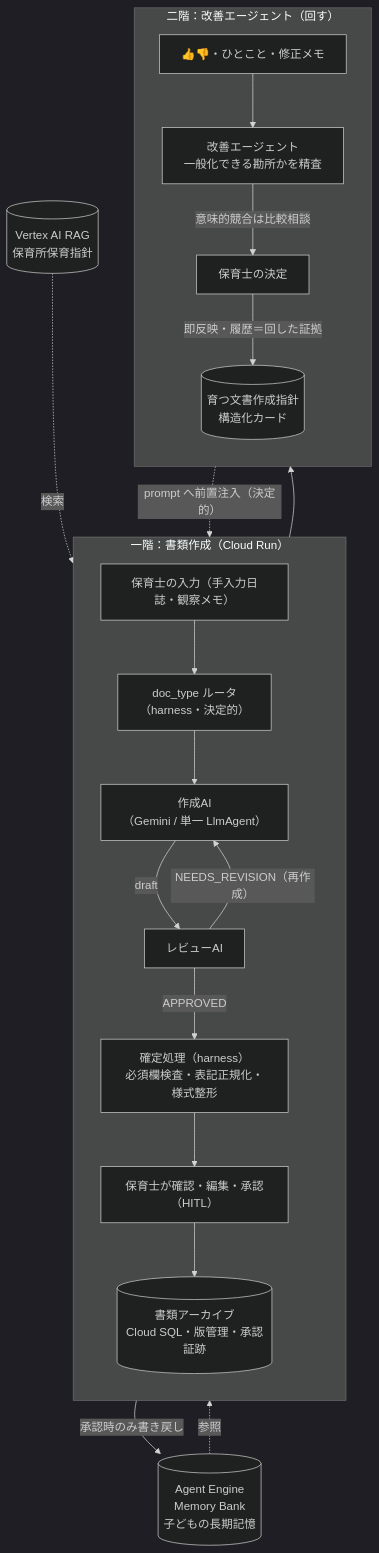
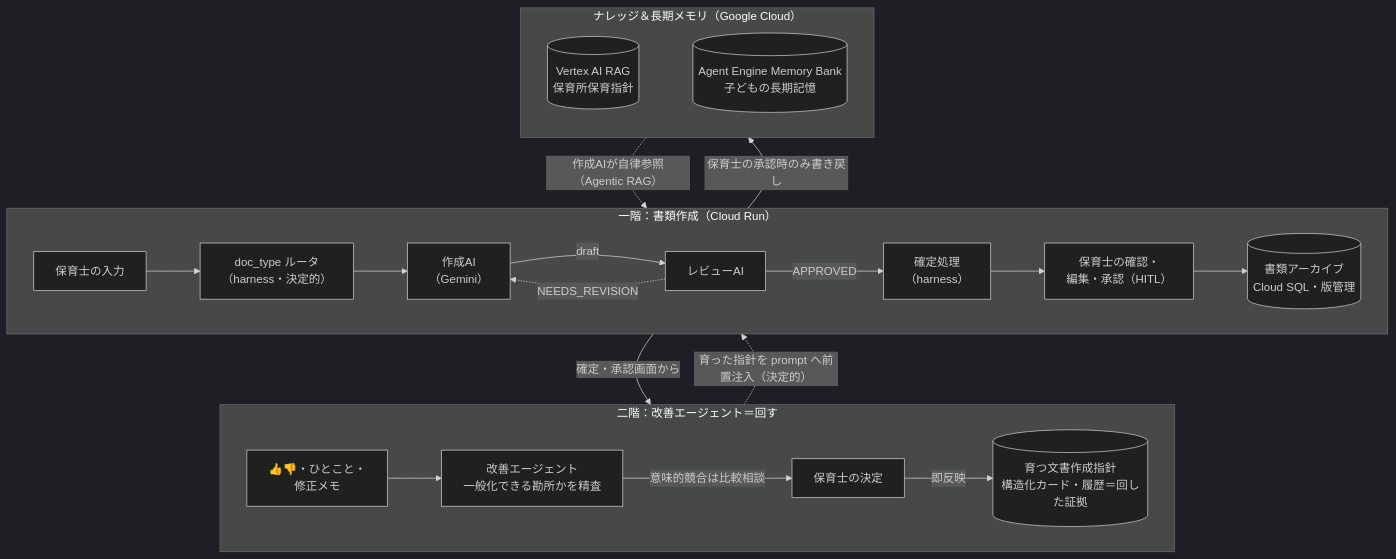
The first of 2 diagrams in README.md (soichiGogo/hoiku-agent), drawn with Mermaid (dark theme) before and after one commit.

Commit message:
docs: アーキ図のレイアウトを再設計（サブグラフ間エッジで3段構成・横方向フロー）

````diff
--- a/README.md
+++ b/README.md
@@ -52,27 +52,30 @@
 ```mermaid
 flowchart TB
     subgraph floor1["一階：書類作成（Cloud Run）"]
-        direction TB
-        input["保育士の入力（手入力日誌・観察メモ）"] --> router["doc_type ルータ<br/>（harness・決定的）"]
-        router --> author["作成AI<br/>（Gemini / 単一 LlmAgent）"]
+        direction LR
+        input["保育士の入力"] --> router["doc_type ルータ<br/>（harness・決定的）"]
+        router --> author["作成AI<br/>（Gemini）"]
         author -->|draft| reviewer["レビューAI"]
-        reviewer -->|"NEEDS_REVISION（再作成）"| author
-        reviewer -->|APPROVED| finalize["確定処理（harness）<br/>必須欄検査・表記正規化・様式整形"]
-        finalize --> hitl["保育士が確認・編集・承認（HITL）"]
-        hitl --> archive[("書類アーカイブ<br/>Cloud SQL・版管理・承認証跡")]
+        reviewer -.->|NEEDS_REVISION| author
+        reviewer -->|APPROVED| finalize["確定処理<br/>（harness）"]
+        finalize --> hitl["保育士の確認・<br/>編集・承認（HITL）"]
+        hitl --> archive[("書類アーカイブ<br/>Cloud SQL・版管理")]
     end
 
-    rag[("Vertex AI RAG<br/>保育所保育指針")] -.->|検索| author
-    memory[("Agent Engine<br/>Memory Bank<br/>子どもの長期記憶")] -.->|参照| author
-    hitl -->|承認時のみ書き戻し| memory
-
-    subgraph floor2["二階：改善エージェント（回す）"]
-        direction TB
-        feedback["👍👎・ひとこと・修正メモ"] --> improver["改善エージェント<br/>一般化できる勘所かを精査"]
+    subgraph floor2["二階：改善エージェント＝回す"]
+        direction LR
+        feedback["👍👎・ひとこと・<br/>修正メモ"] --> improver["改善エージェント<br/>一般化できる勘所かを精査"]
         improver -->|意味的競合は比較相談| decide["保育士の決定"]
-        decide -->|即反映・履歴＝回した証拠| policy[("育つ文書作成指針<br/>構造化カード")]
+        decide -->|即反映| policy[("育つ文書作成指針<br/>構造化カード・履歴＝回した証拠")]
     end
 
-    hitl --> feedback
-    policy -.->|"prompt へ前置注入（決定的）"| author
+    subgraph knowledge["ナレッジ＆長期メモリ（Google Cloud）"]
+        direction LR
+        rag[("Vertex AI RAG<br/>保育所保育指針")] ~~~ memory[("Agent Engine Memory Bank<br/>子どもの長期記憶")]
+    end
+
+    knowledge -.->|"作成AIが自律参照（Agentic RAG）"| floor1
+    floor1 -->|保育士の承認時のみ書き戻し| knowledge
+    floor1 -->|確定・承認画面から| floor2
+    floor2 -.->|"育った指針を prompt へ前置注入（決定的）"| floor1
 ```
````
